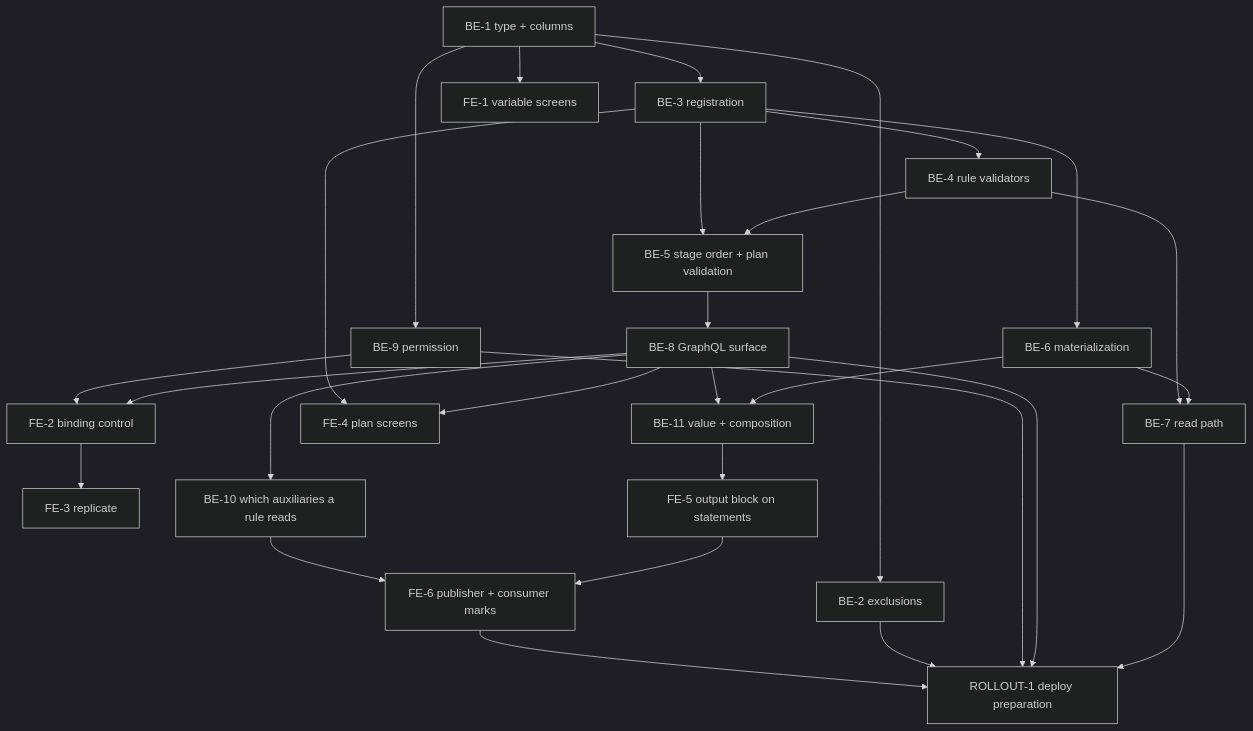
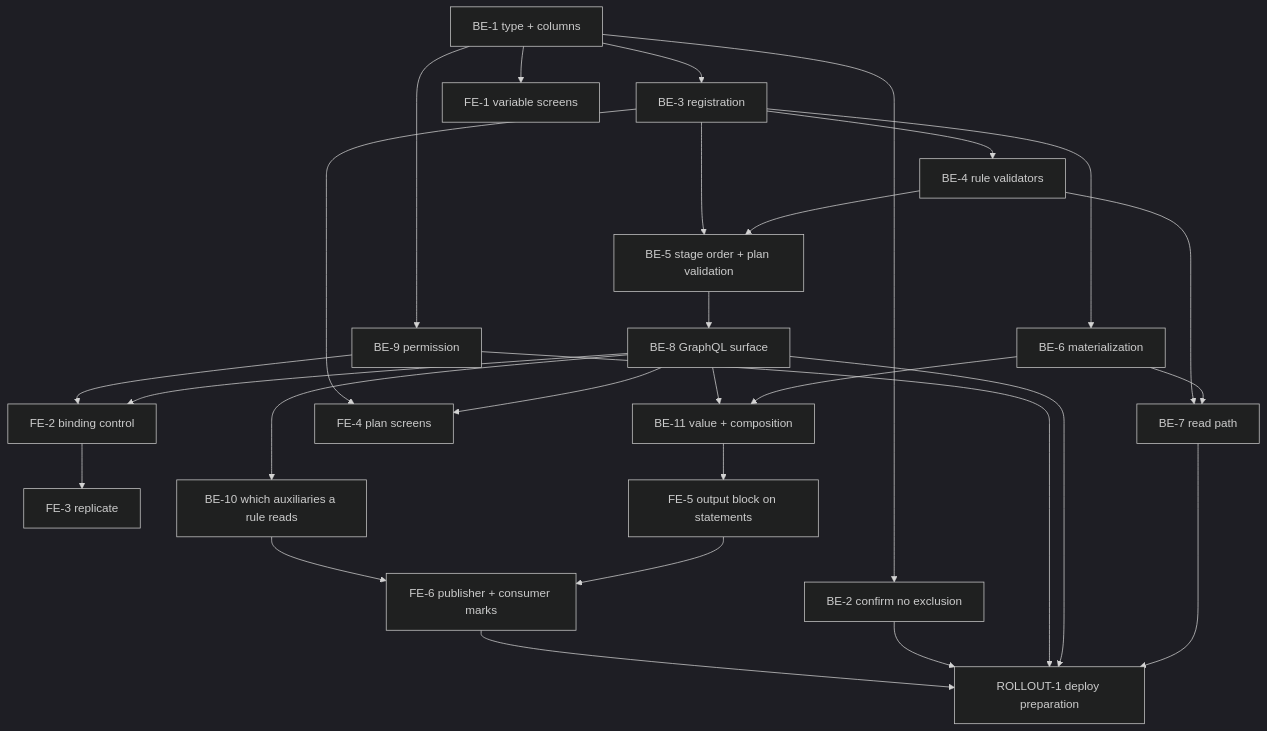
The diagram in active/app/output-variables/TASKS.md (plribeiro3000/dot-claude-plans), drawn with Mermaid (dark theme) before and after one commit. The commit also changed other lines of this file and 10 other files, not shown here.

````diff
--- a/active/app/output-variables/TASKS.md
+++ b/active/app/output-variables/TASKS.md
@@ -907,30 +954,30 @@
 ```mermaid
 graph TD
-  BE1[BE-1 type + columns] --> BE2[BE-2 exclusions]
+  BE1[BE-1 type + columns] --> BE2[BE-2 confirm no exclusion]
   BE1 --> BE3[BE-3 registration]
   BE1 --> BE9[BE-9 permission]
   BE1 --> FE1[FE-1 variable screens]
   BE3 --> BE4[BE-4 rule validators]
   BE4 --> BE5[BE-5 stage order + plan validation]
   BE3 --> BE5
   BE3 --> BE6[BE-6 materialization]
   BE6 --> BE7[BE-7 read path]
   BE4 --> BE7
   BE5 --> BE8[BE-8 GraphQL surface]
   BE8 --> FE2[FE-2 binding control]
   BE9 --> FE2
   FE2 --> FE3[FE-3 replicate]
   BE8 --> FE4[FE-4 plan screens]
   BE3 --> FE4
   BE8 --> BE10[BE-10 which auxiliaries a rule reads]
   BE6 --> BE11[BE-11 value + composition]
   BE8 --> BE11
   BE11 --> FE5[FE-5 output block on statements]
   FE5 --> FE6[FE-6 publisher + consumer marks]
   BE10 --> FE6
   BE7 --> ROLL[ROLLOUT-1 deploy preparation]
   BE8 --> ROLL
   BE9 --> ROLL
   BE2 --> ROLL
   FE6 --> ROLL
 ```
````
